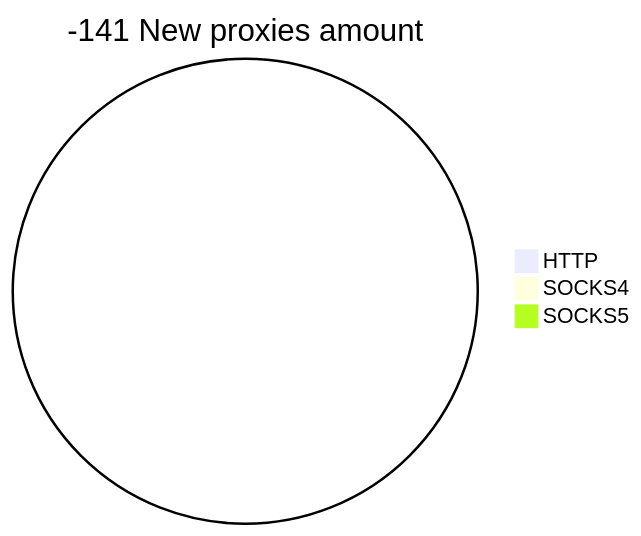
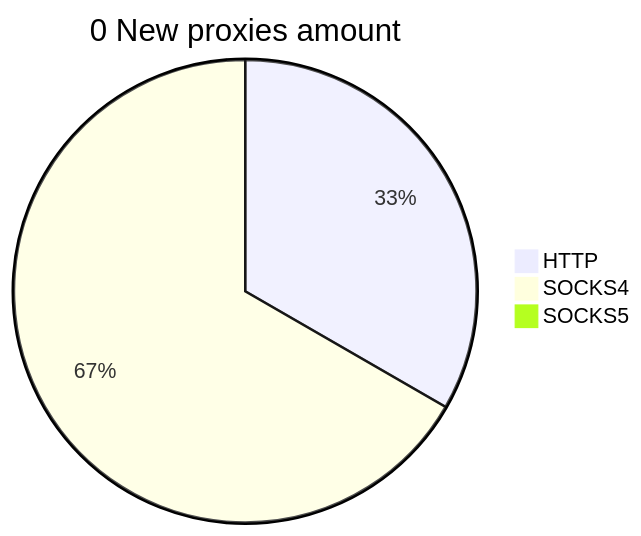
Before and after one commit to cutipu/proxylist: the second of 2 diagrams in README.md, drawn with Mermaid. The commit also changed other lines of this file, not shown here.

````diff
--- a/README.md
+++ b/README.md
@@ -10,6 +10,6 @@
 ```mermaid
-pie title -141 New proxies amount
-    "HTTP" : 0
-    "SOCKS4" : 0
+pie title 0 New proxies amount
+    "HTTP" : 1
+    "SOCKS4" : 2
     "SOCKS5" : 0
 ```
````
